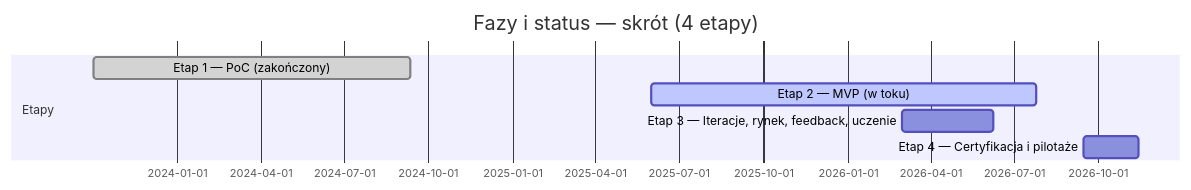
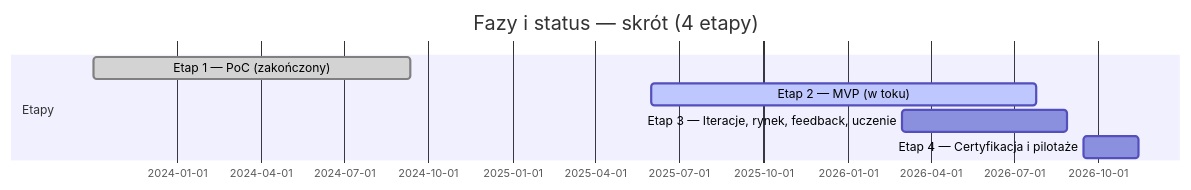
Before and after one commit to TanskiSzymon/food-printer: the first of 3 diagrams in README.md, drawn with Mermaid.

````diff
--- a/README.md
+++ b/README.md
@@ -24,10 +24,10 @@
 ```mermaid
 gantt
   title Fazy i status — skrót (4 etapy)
   dateFormat YYYY-MM-DD
   section Etapy
   Etap 1 — PoC (zakończony)                    :done,    poc1, 2023-10-02, 2024-09-11
   Etap 2 — MVP (w toku)                        :active,  mvp2, 2025-06-01, 420d
-  Etap 3 — Iteracje, rynek, feedback, uczenie  :         it3,  2026-03-01, 100d
+  Etap 3 — Iteracje, rynek, feedback, uczenie  :         it3,  2026-03-01, 180d
   Etap 4 — Certyfikacja i pilotaże             :         cer4, 2026-09-15, 60d
 ```
````
